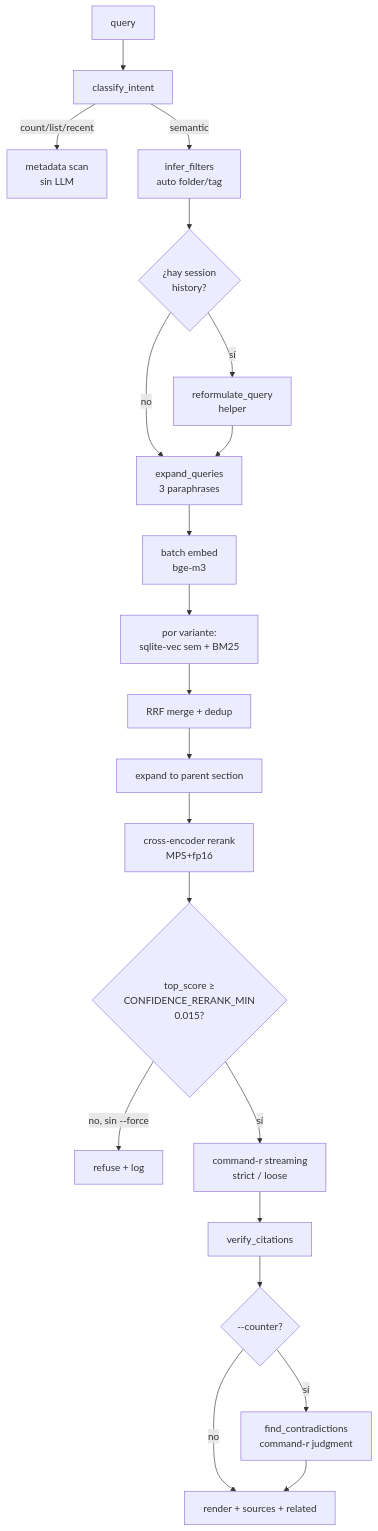
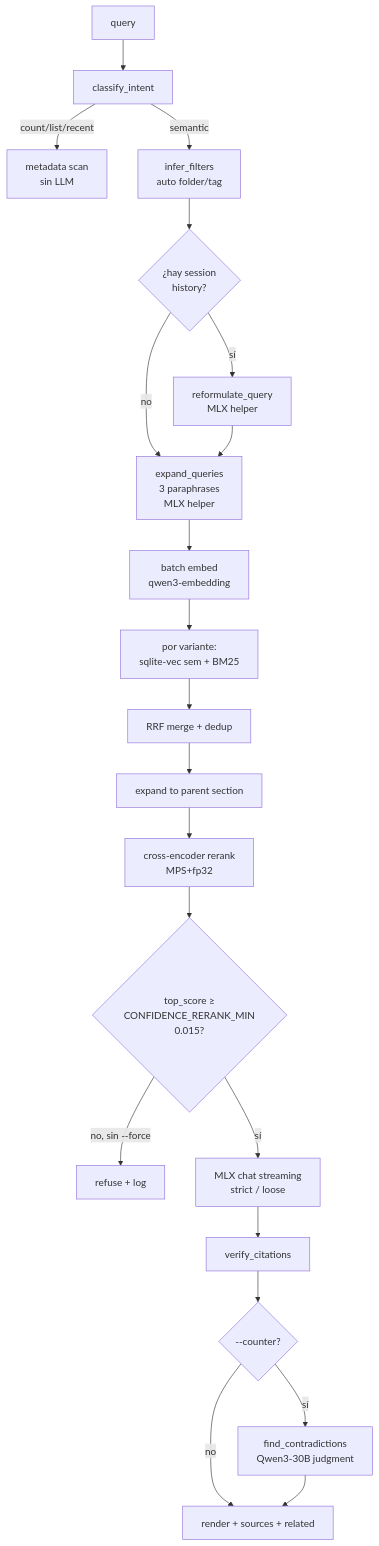
One commit to jagoff/rag-obsidian changed the second of 5 diagrams in README.md. Above: the diagram before and after it, drawn with Mermaid. The commit also changed other lines of this file and 22 other files, not shown here.

````diff
--- a/README.md
+++ b/README.md
@@ -211,23 +241,23 @@
 ```mermaid
 flowchart TD
     Q[query] --> Intent[classify_intent]
     Intent -->|count/list/recent| MetaScan[metadata scan<br/>sin LLM]
     Intent -->|semantic| Filters[infer_filters<br/>auto folder/tag]
     Filters --> History{¿hay session<br/>history?}
-    History -->|sí| Reform[reformulate_query<br/>helper]
+    History -->|sí| Reform[reformulate_query<br/>MLX helper]
     History -->|no| Expand
-    Reform --> Expand[expand_queries<br/>3 paraphrases]
-    Expand --> Embed[batch embed<br/>bge-m3]
+    Reform --> Expand[expand_queries<br/>3 paraphrases<br/>MLX helper]
+    Expand --> Embed[batch embed<br/>qwen3-embedding]
     Embed --> Per["por variante:<br/>sqlite-vec sem + BM25"]
     Per --> RRF[RRF merge + dedup]
     RRF --> Parent[expand to parent section]
-    Parent --> Rerank[cross-encoder rerank<br/>MPS+fp16]
+    Parent --> Rerank[cross-encoder rerank<br/>MPS+fp32]
     Rerank --> Gate{top_score ≥<br/>CONFIDENCE_RERANK_MIN<br/>0.015?}
     Gate -->|no, sin --force| Refuse[refuse + log]
-    Gate -->|sí| LLM[command-r streaming<br/>strict / loose]
+    Gate -->|sí| LLM[MLX chat streaming<br/>strict / loose]
     LLM --> Verify[verify_citations]
     Verify --> Counter{--counter?}
-    Counter -->|sí| FindContrad[find_contradictions<br/>command-r judgment]
+    Counter -->|sí| FindContrad[find_contradictions<br/>Qwen3-30B judgment]
     Counter -->|no| Render[render + sources + related]
     FindContrad --> Render
 ```
````
